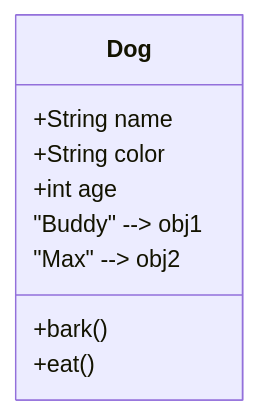
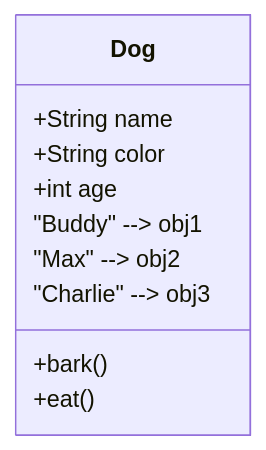
One commit to Lagmouchyoussef/java-oop-bank-store---Simple-and-descriptive changed the first of 4 diagrams in README.md. Above: the diagram before and after it, drawn with Mermaid. The commit also changed other lines of this file, not shown here.

````diff
--- a/README.md
+++ b/README.md
@@ -115,13 +168,14 @@
 ```mermaid
 classDiagram
     class Dog {
         +String name
         +String color
         +int age
         +bark()
         +eat()
     }
     
     Dog : "Buddy" --> obj1
     Dog : "Max" --> obj2
+    Dog : "Charlie" --> obj3
 ```
````
